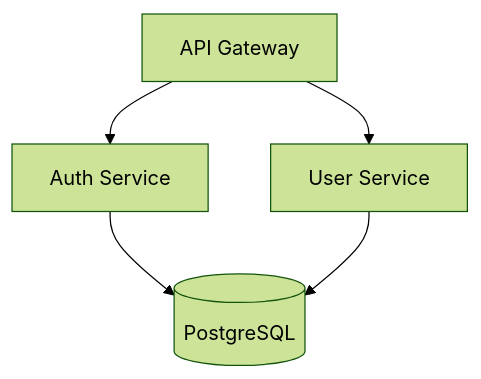
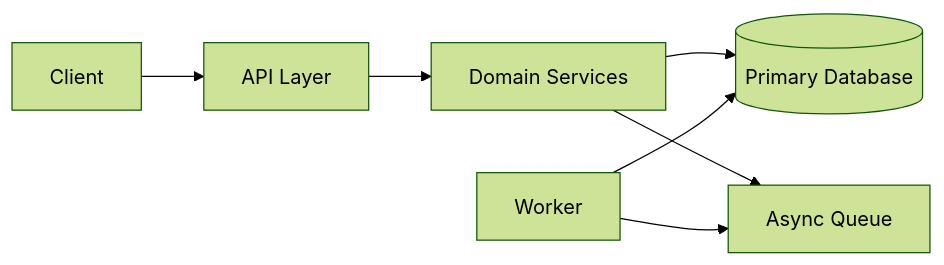
One commit to harshilsoni5666/EterX-Agent changed the diagram in src/lib/agent/skills/senior_architect.md. Above: the diagram before and after it, drawn with Mermaid (forest theme). The commit also changed other lines of this file and 257 other files, not shown here.

````diff
--- a/src/lib/agent/skills/senior_architect.md
+++ b/src/lib/agent/skills/senior_architect.md
@@ -78,7 +48,9 @@
 ```mermaid
-graph TD
-    A[API Gateway] --> B[Auth Service]
-    A --> C[User Service]
-    B --> D[(PostgreSQL)]
-    C --> D
+flowchart LR
+  Client --> API[API Layer]
+  API --> Domain[Domain Services]
+  Domain --> DB[(Primary Database)]
+  Domain --> Queue[Async Queue]
+  Worker[Worker] --> Queue
+  Worker --> DB
 ```
````
